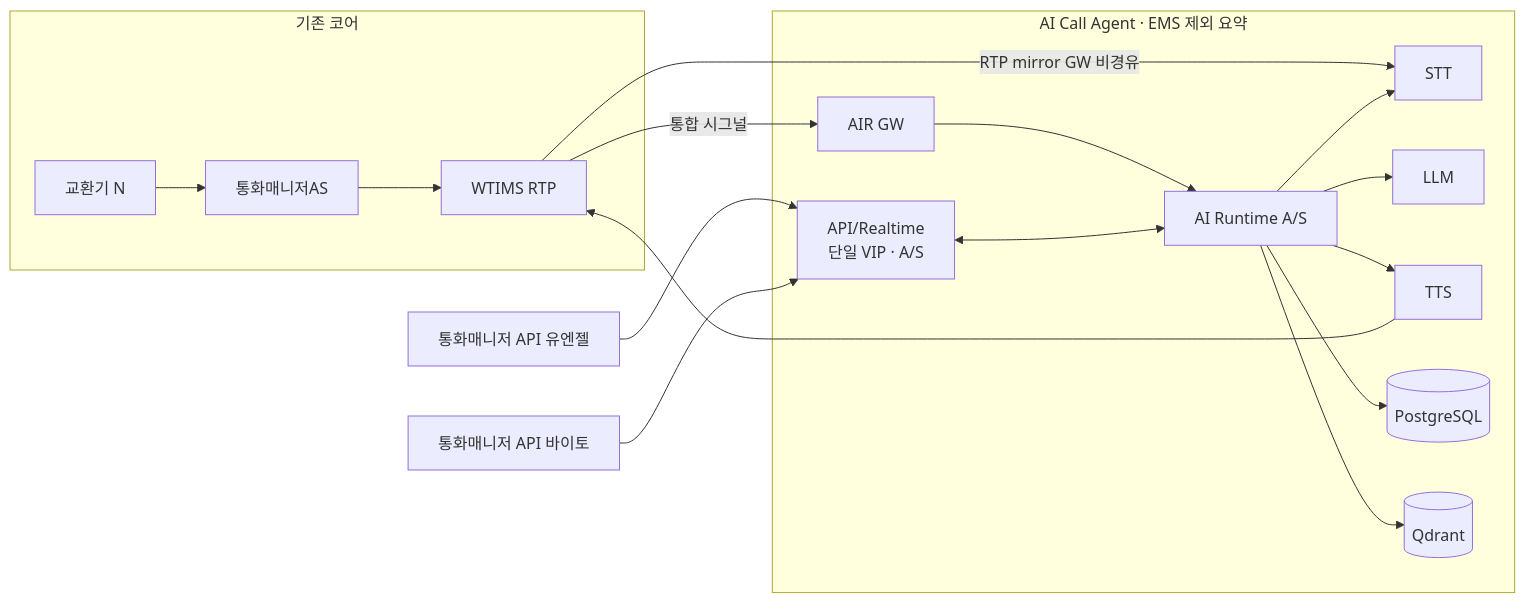
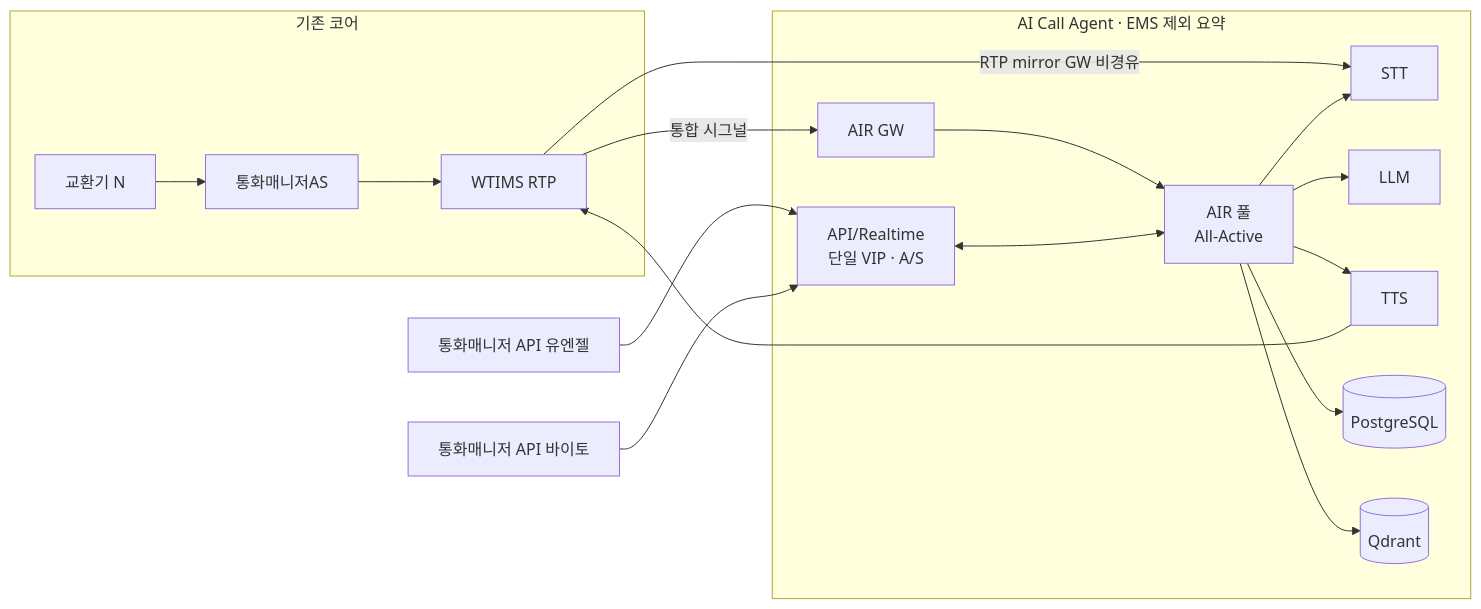
Before and after one commit to hak023/sip_pbx: the first of 8 diagrams in docs/architecture/production-deployment-architecture.md, drawn with Mermaid. The commit also changed other lines of this file, not shown here.

Commit message:
docs(architecture): 단일 접점(GW·API)만 A/S, 내부 AIR·STT·TTS는 All-Active 및 용량 합산 반영

````diff
--- a/docs/architecture/production-deployment-architecture.md
+++ b/docs/architecture/production-deployment-architecture.md
@@ -28,26 +28,26 @@
 ```mermaid
 flowchart LR
     subgraph CORE["기존 코어"]
         EX["교환기 N"] --> CM["통화매니저AS"] --> WT["WTIMS RTP"]
     end
     subgraph ACA["AI Call Agent · EMS 제외 요약"]
         GW["AIR GW"]
-        AIR["AI Runtime A/S"]
+        AIR["AIR 풀<br/>All-Active"]
         STT["STT"]
         LLM["LLM"]
         TTS["TTS"]
         API["API/Realtime<br/>단일 VIP · A/S"]
         PG[("PostgreSQL")]
         QD[("Qdrant")]
     end
     UAPI["통화매니저 API 유엔젤"] --> API
     BAPI["통화매니저 API 바이토"] --> API
     WT -->|통합 시그널| GW --> AIR
     WT -->|RTP mirror GW 비경유| STT
     AIR --> STT
     AIR --> LLM
     AIR --> TTS --> WT
     API <--> AIR
     AIR --> PG
     AIR --> QD
 ```
````
